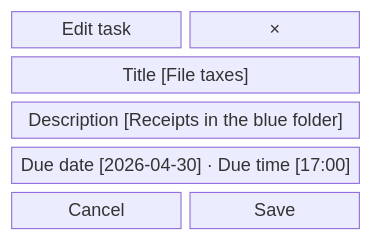
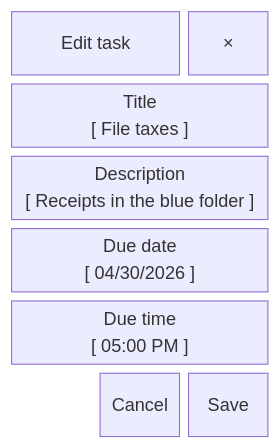
Before and after one commit to charlesmalo/FociToDo: diagram 11 of 15 in docs/ui.md, drawn with Mermaid. The commit also changed other lines of this file and 25 other files, not shown here.

First line of the commit message:
docs(diagrams): match the wireframes and diagrams to the current UI and API

````diff
--- a/docs/ui.md
+++ b/docs/ui.md
@@ -189,9 +213,10 @@
 ```mermaid
 block-beta
-  columns 2
-  heading["Edit task"] close["×"]
-  titlefield["Title [File taxes]"]:2
-  description["Description [Receipts in the blue folder]"]:2
-  due["Due date [2026-04-30] · Due time [17:00]"]:2
-  cancel["Cancel"] save["Save"]
+  columns 3
+  heading["Edit task"]:2 close["×"]
+  titlefield["Title<br/>[ File taxes ]"]:3
+  description["Description<br/>[ Receipts in the blue folder ]"]:3
+  duedate["Due date<br/>[ 04/30/2026 ]"]:3
+  duetime["Due time<br/>[ 05:00 PM ]"]:3
+  space cancel["Cancel"] save["Save"]
 ```
````
